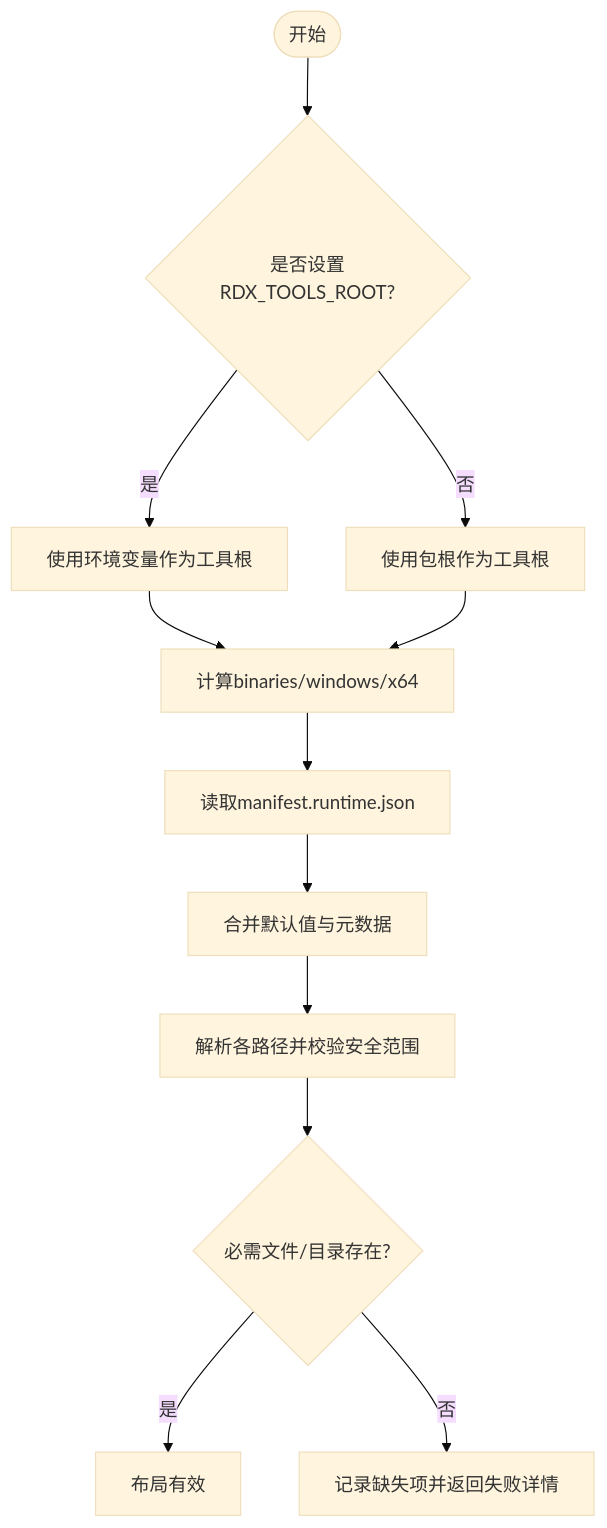
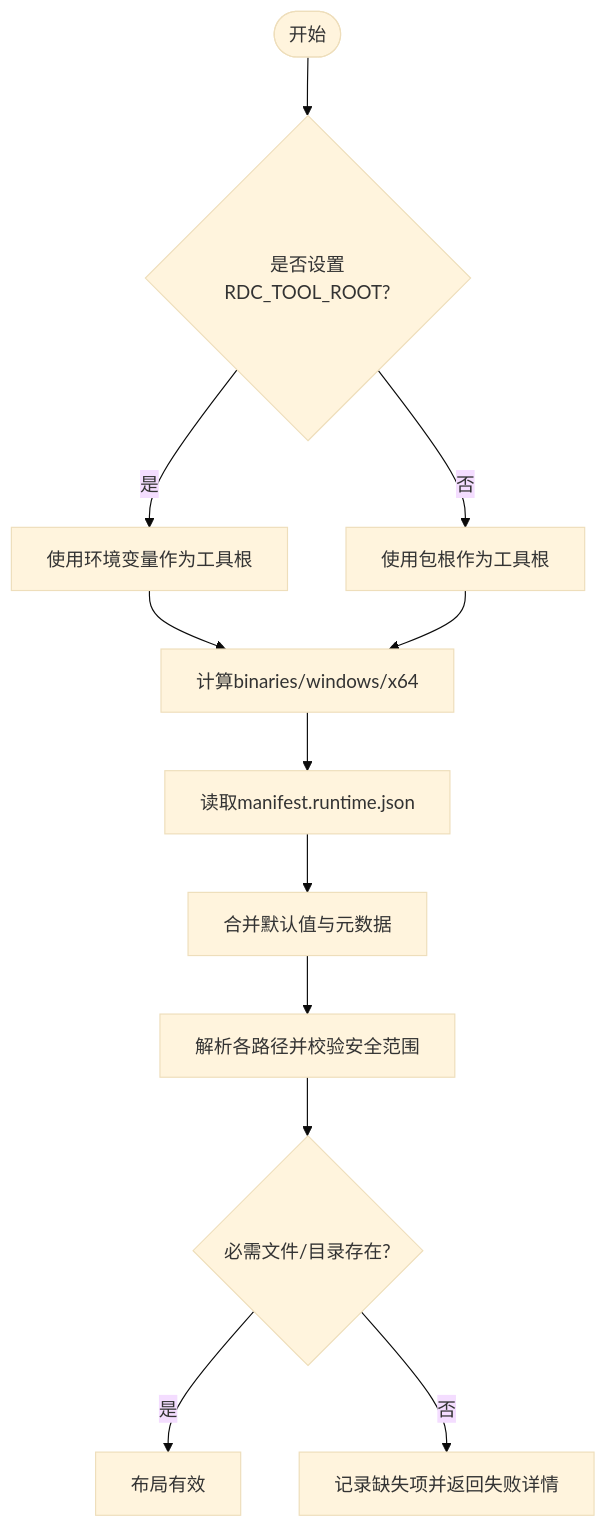
One commit to haolange/RDC-Tool changed the third of 8 diagrams in .qoder/repowiki/zh/content/运行时管理/Python运行时管理.md. Above: the diagram before and after it, drawn with Mermaid (base theme). The commit also changed other lines of this file and 388 other files, not shown here.

````diff
--- a/.qoder/repowiki/zh/content/运行时管理/Python运行时管理.md
+++ b/.qoder/repowiki/zh/content/运行时管理/Python运行时管理.md
@@ -141,14 +141,14 @@
 ```mermaid
 flowchart TD
-Start(["开始"]) --> CheckEnv{"是否设置RDX_TOOLS_ROOT?"}
+Start(["开始"]) --> CheckEnv{"是否设置RDC_TOOL_ROOT?"}
 CheckEnv --> |是| UseEnv["使用环境变量作为工具根"]
 CheckEnv --> |否| UseFallback["使用包根作为工具根"]
 UseEnv --> BinRoot["计算binaries/windows/x64"]
 UseFallback --> BinRoot
 BinRoot --> Manifest["读取manifest.runtime.json"]
 Manifest --> Merge["合并默认值与元数据"]
 Merge --> Resolve["解析各路径并校验安全范围"]
 Resolve --> Validate{"必需文件/目录存在?"}
 Validate --> |是| OK["布局有效"]
 Validate --> |否| Fail["记录缺失项并返回失败详情"]
 ```
````
